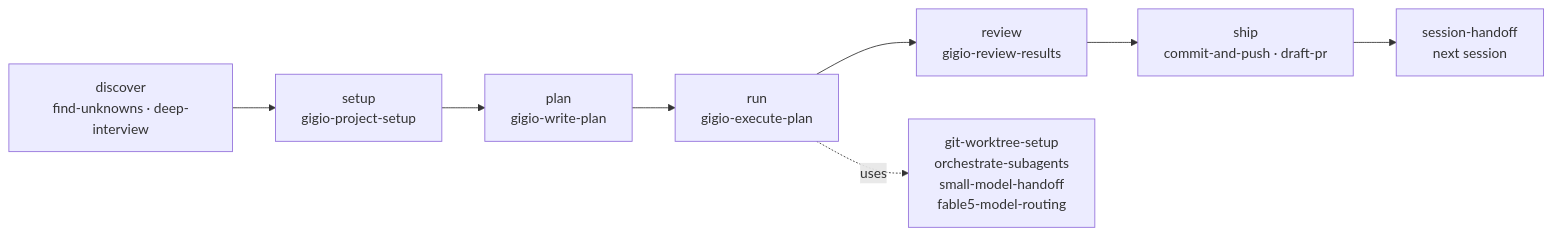
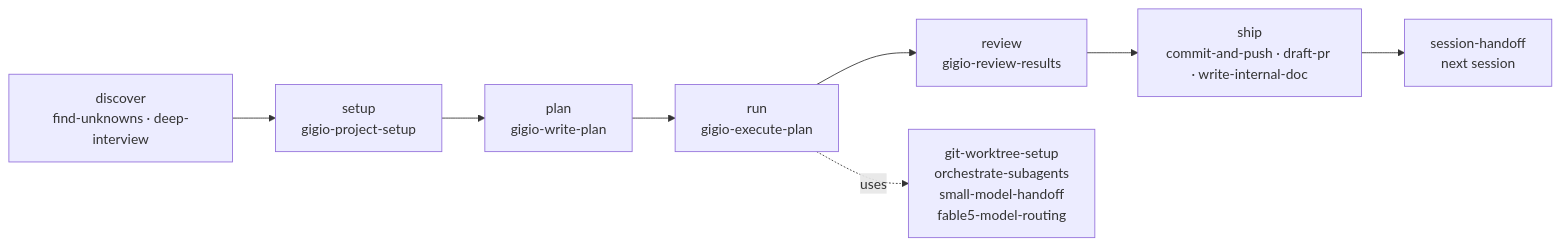
One commit to gigio1023/gigio-pack changed the diagram in README.md. Above: the diagram before and after it, drawn with Mermaid. The commit also changed other lines of this file and 12 other files, not shown here.

First line of the commit message:
feat: add write-internal-doc as the document exit for research work (#14)

````diff
--- a/README.md
+++ b/README.md
@@ -32,10 +32,10 @@
 ```mermaid
 flowchart LR
   D["discover<br/>find-unknowns · deep-interview"] --> S["setup<br/>gigio-project-setup"]
   S --> P["plan<br/>gigio-write-plan"]
   P --> R["run<br/>gigio-execute-plan"]
   R --> V["review<br/>gigio-review-results"]
-  V --> SH["ship<br/>commit-and-push · draft-pr"]
+  V --> SH["ship<br/>commit-and-push · draft-pr · write-internal-doc"]
   SH --> H["session-handoff<br/>next session"]
   R -.uses.-> W["git-worktree-setup<br/>orchestrate-subagents<br/>small-model-handoff<br/>fable5-model-routing"]
 ```
````
